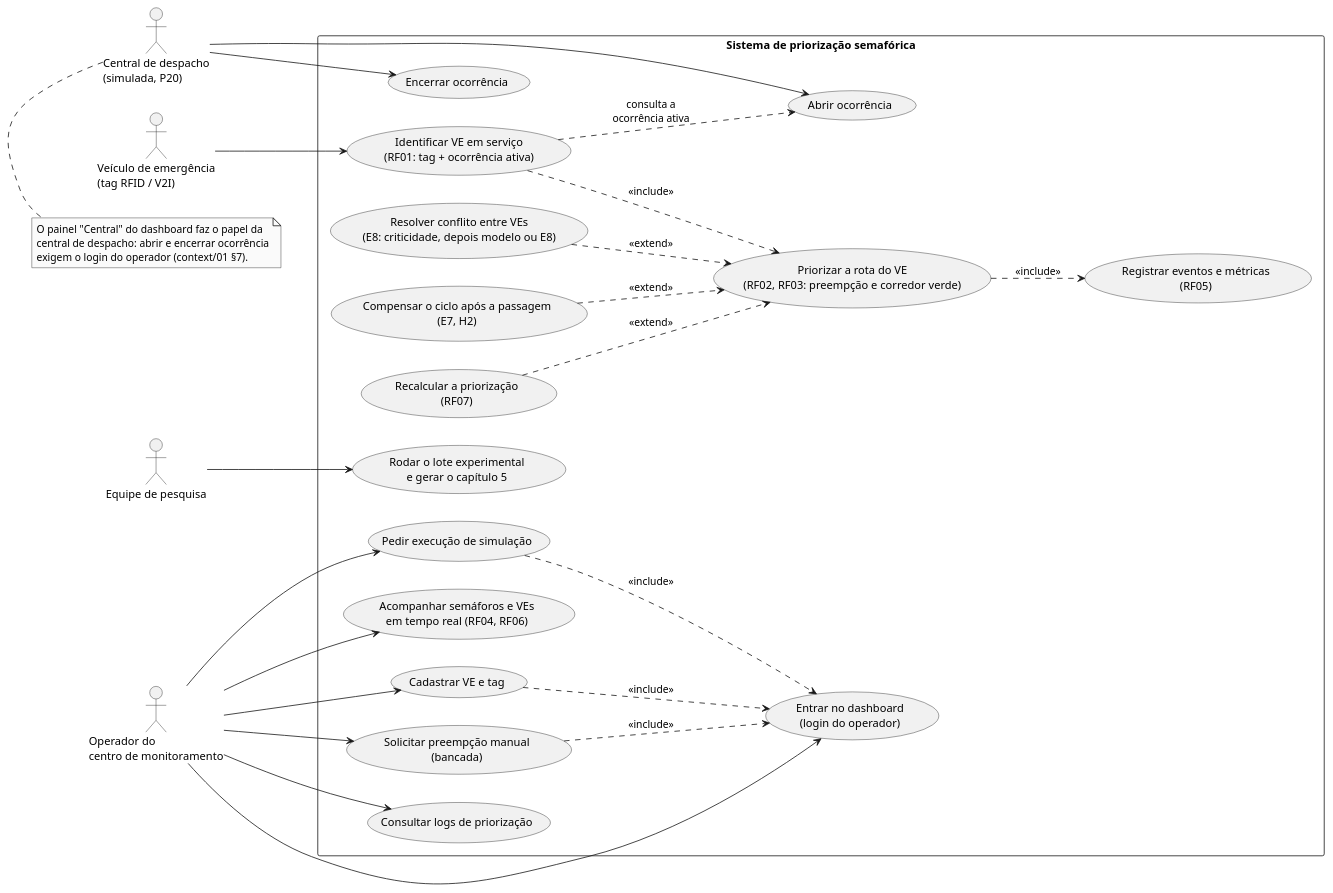
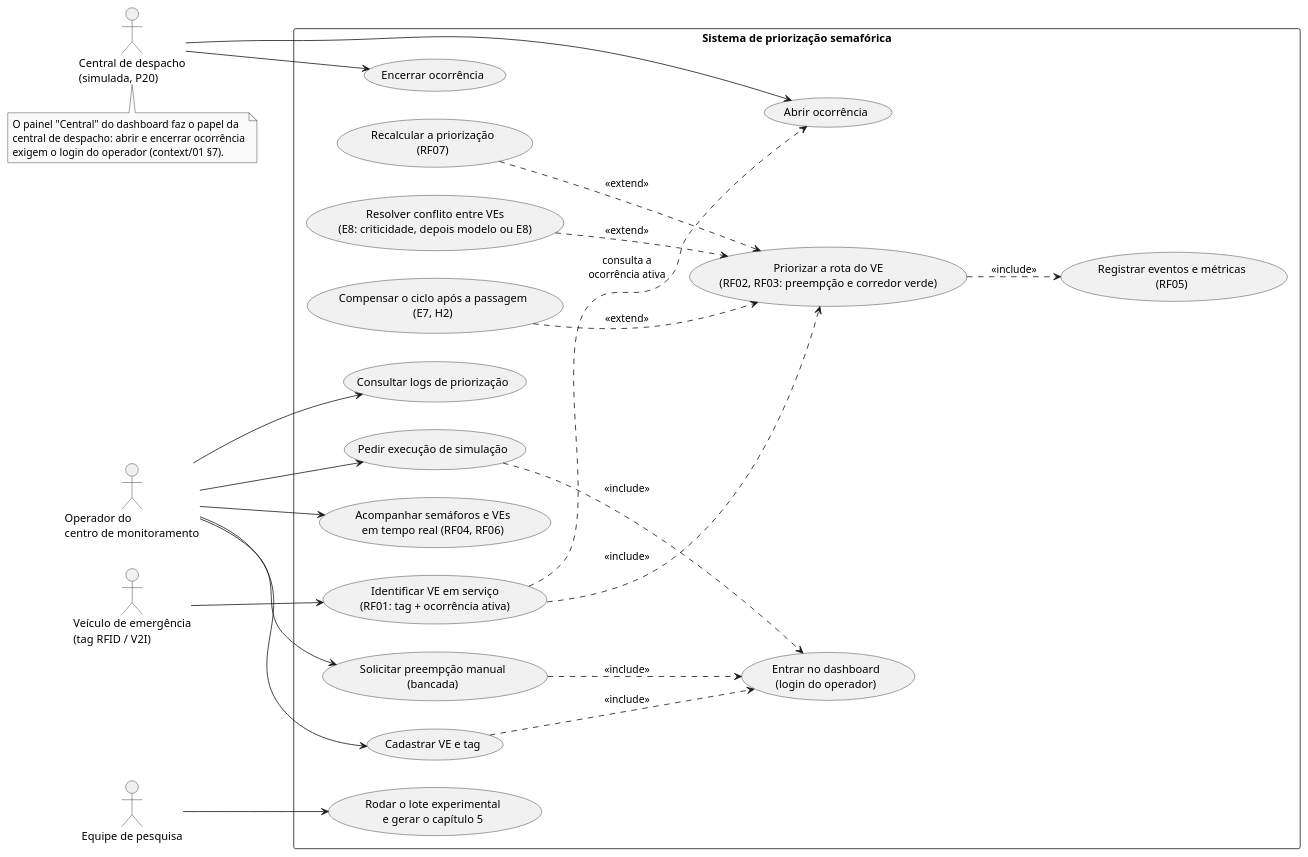
Before and after one commit to felipepascucci/tcc-semaforos-inteligentes: the diagram in docs/diagramas/casos_uso.puml, drawn with PlantUML. The commit also changed 44 other files, not shown here.

First line of the commit message:
feat(validacao): relatório de validação, casos de teste e diagramas

```diff
--- a/docs/diagramas/casos_uso.puml
+++ b/docs/diagramas/casos_uso.puml
@@ -1,60 +1,62 @@
 @startuml casos_uso
 ' Diagrama de casos de uso — context/08 §5.
 ' Fontes: context/01 §7 (rotas da API), context/00 §6 (RF01..RF07), P20 (Central).
 left to right direction
 skinparam monochrome true
 skinparam packageStyle rectangle
+' O operador chega ao login pelos <<include>> dos casos que o exigem; a
+' associação direta, redundante, foi tirada porque a curva dela atravessava o
+' diagrama inteiro (revisão de legibilidade, 2026-10-08).
 
 actor "Operador do\ncentro de monitoramento" as Operador
 actor "Central de despacho\n(simulada, P20)" as Central
 actor "Veículo de emergência\n(tag RFID / V2I)" as VE
 actor "Equipe de pesquisa" as Pesquisador
 
 rectangle "Sistema de priorização semafórica" {
   usecase "Identificar VE em serviço\n(RF01: tag + ocorrência ativa)" as UC_Identificar
   usecase "Priorizar a rota do VE\n(RF02, RF03: preempção e corredor verde)" as UC_Priorizar
   usecase "Recalcular a priorização\n(RF07)" as UC_Recalcular
   usecase "Resolver conflito entre VEs\n(E8: criticidade, depois modelo ou E8)" as UC_Conflito
   usecase "Compensar o ciclo após a passagem\n(E7, H2)" as UC_Compensar
   usecase "Registrar eventos e métricas\n(RF05)" as UC_Registrar
   usecase "Acompanhar semáforos e VEs\nem tempo real (RF04, RF06)" as UC_Acompanhar
   usecase "Entrar no dashboard\n(login do operador)" as UC_Login
   usecase "Abrir ocorrência" as UC_Abrir
   usecase "Encerrar ocorrência" as UC_Encerrar
   usecase "Cadastrar VE e tag" as UC_Cadastrar
   usecase "Solicitar preempção manual\n(bancada)" as UC_Manual
   usecase "Consultar logs de priorização" as UC_Logs
   usecase "Pedir execução de simulação" as UC_Simular
   usecase "Rodar o lote experimental\ne gerar o capítulo 5" as UC_Lote
 }
 
 VE --> UC_Identificar
 UC_Identificar ..> UC_Priorizar : <<include>>
 UC_Priorizar ..> UC_Registrar : <<include>>
 UC_Recalcular ..> UC_Priorizar : <<extend>>
 UC_Conflito ..> UC_Priorizar : <<extend>>
 UC_Compensar ..> UC_Priorizar : <<extend>>
 
 Central --> UC_Abrir
 Central --> UC_Encerrar
 UC_Identificar ..> UC_Abrir : consulta a\nocorrência ativa
 
-Operador --> UC_Login
 Operador --> UC_Acompanhar
 Operador --> UC_Cadastrar
 Operador --> UC_Manual
 Operador --> UC_Logs
 Operador --> UC_Simular
 UC_Cadastrar ..> UC_Login : <<include>>
 UC_Manual ..> UC_Login : <<include>>
 UC_Simular ..> UC_Login : <<include>>
 
 Pesquisador --> UC_Lote
 
 note bottom of Central
   O painel "Central" do dashboard faz o papel da
   central de despacho: abrir e encerrar ocorrência
   exigem o login do operador (context/01 §7).
 end note
 
 @enduml
```
